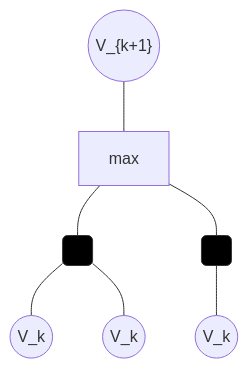
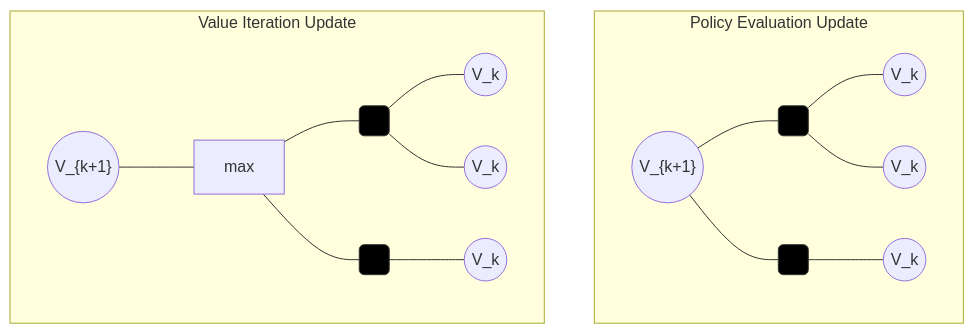
The sixth of 6 diagrams in barto-sutton-notes/lecture3-2026-05-09-mdp/lecture3-2026-05-09-dp.md (samratkar/drl), drawn with Mermaid before and after one commit. The commit also changed other lines of this file and 5 other files, not shown here.

````diff
--- a/barto-sutton-notes/lecture3-2026-05-09-mdp/lecture3-2026-05-09-dp.md
+++ b/barto-sutton-notes/lecture3-2026-05-09-mdp/lecture3-2026-05-09-dp.md
@@ -789,12 +796,23 @@
 ```mermaid
 graph TD
-    s(("V_{k+1}")) --- M[max]
-    M --- a1( )
-    M --- a2( )
-    style a1 fill:#000,stroke:#333,stroke-width:1px
-    style a2 fill:#000,stroke:#333,stroke-width:1px
-    
-    a1 --- s1(("V_k"))
-    a1 --- s2(("V_k"))
-    a2 --- s3(("V_k"))
+    subgraph "Policy Evaluation Update"
+        pe_s(("V_{k+1}")) --- pe_a1( )
+        pe_s --- pe_a2( )
+        style pe_a1 fill:#000,stroke:#333,stroke-width:1px
+        style pe_a2 fill:#000,stroke:#333,stroke-width:1px
+        pe_a1 --- pe_s1(("V_k"))
+        pe_a1 --- pe_s2(("V_k"))
+        pe_a2 --- pe_s3(("V_k"))
+    end
+
+    subgraph "Value Iteration Update"
+        vi_s(("V_{k+1}")) --- vi_m[max]
+        vi_m --- vi_a1( )
+        vi_m --- vi_a2( )
+        style vi_a1 fill:#000,stroke:#333,stroke-width:1px
+        style vi_a2 fill:#000,stroke:#333,stroke-width:1px
+        vi_a1 --- vi_s1(("V_k"))
+        vi_a1 --- vi_s2(("V_k"))
+        vi_a2 --- vi_s3(("V_k"))
+    end
 ```
````
